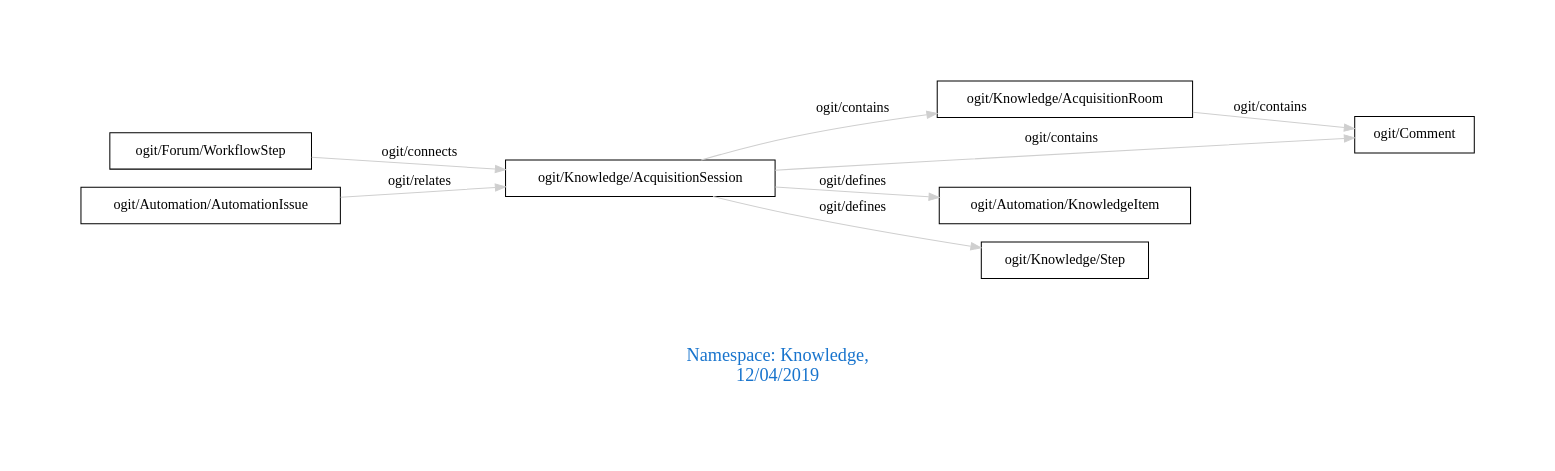
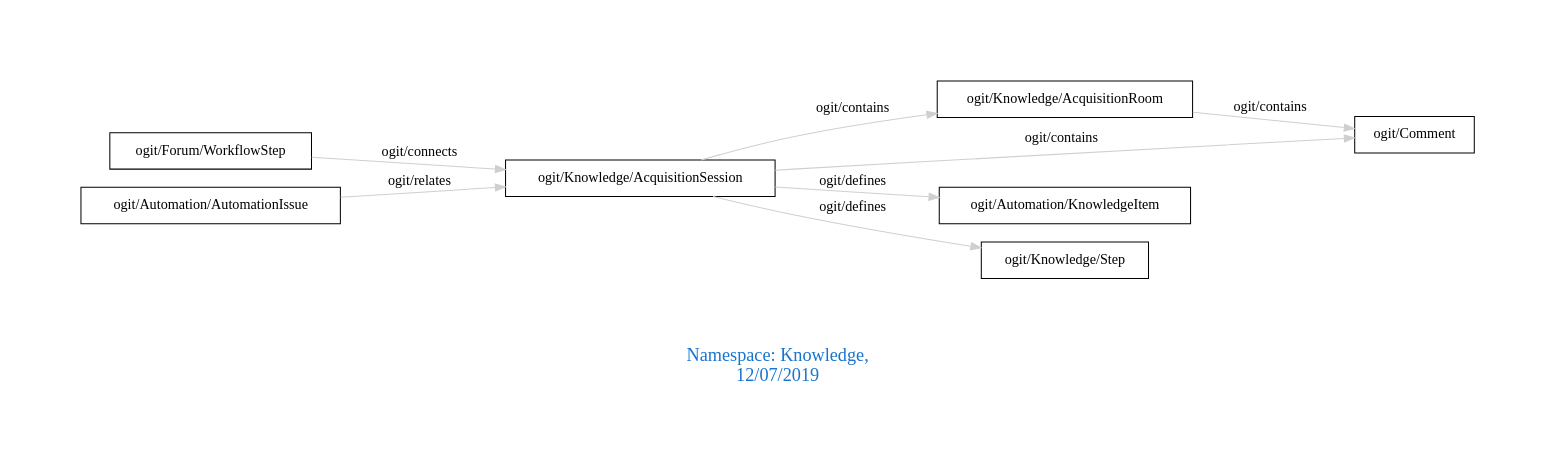
One commit to arago/OGIT changed the diagram in downloads/Knowledge.dot. Above: the diagram before and after it, drawn with Graphviz. The commit also changed 1662 other files, not shown here.

```diff
--- a/downloads/Knowledge.dot
+++ b/downloads/Knowledge.dot
@@ -1,15 +1,15 @@
 digraph OGIT_ontology {
  graph [ rankdir= LR,pad=1 
 fontsize = 18,
-fontcolor= dodgerblue3,label = "\n\n\nNamespace: Knowledge, \n 12/04/2019"];
+fontcolor= dodgerblue3,label = "\n\n\nNamespace: Knowledge, \n 12/07/2019"];
 node[shape=polygon];
 edge [  color="gray81"];
 
    "ogit/Knowledge/AcquisitionRoom" -> "ogit/Comment" [label="   ogit/contains    "];
    "ogit/Knowledge/AcquisitionSession" -> "ogit/Comment" [label="   ogit/contains    "];
    "ogit/Knowledge/AcquisitionSession" -> "ogit/Knowledge/AcquisitionRoom" [label="   ogit/contains    "];
    "ogit/Knowledge/AcquisitionSession" -> "ogit/Automation/KnowledgeItem" [label="   ogit/defines    "];
    "ogit/Knowledge/AcquisitionSession" -> "ogit/Knowledge/Step" [label="   ogit/defines    "];
    "ogit/Forum/WorkflowStep" -> "ogit/Knowledge/AcquisitionSession" [label="   ogit/connects    "];
    "ogit/Automation/AutomationIssue" -> "ogit/Knowledge/AcquisitionSession" [label="   ogit/relates    "];
 }
```
